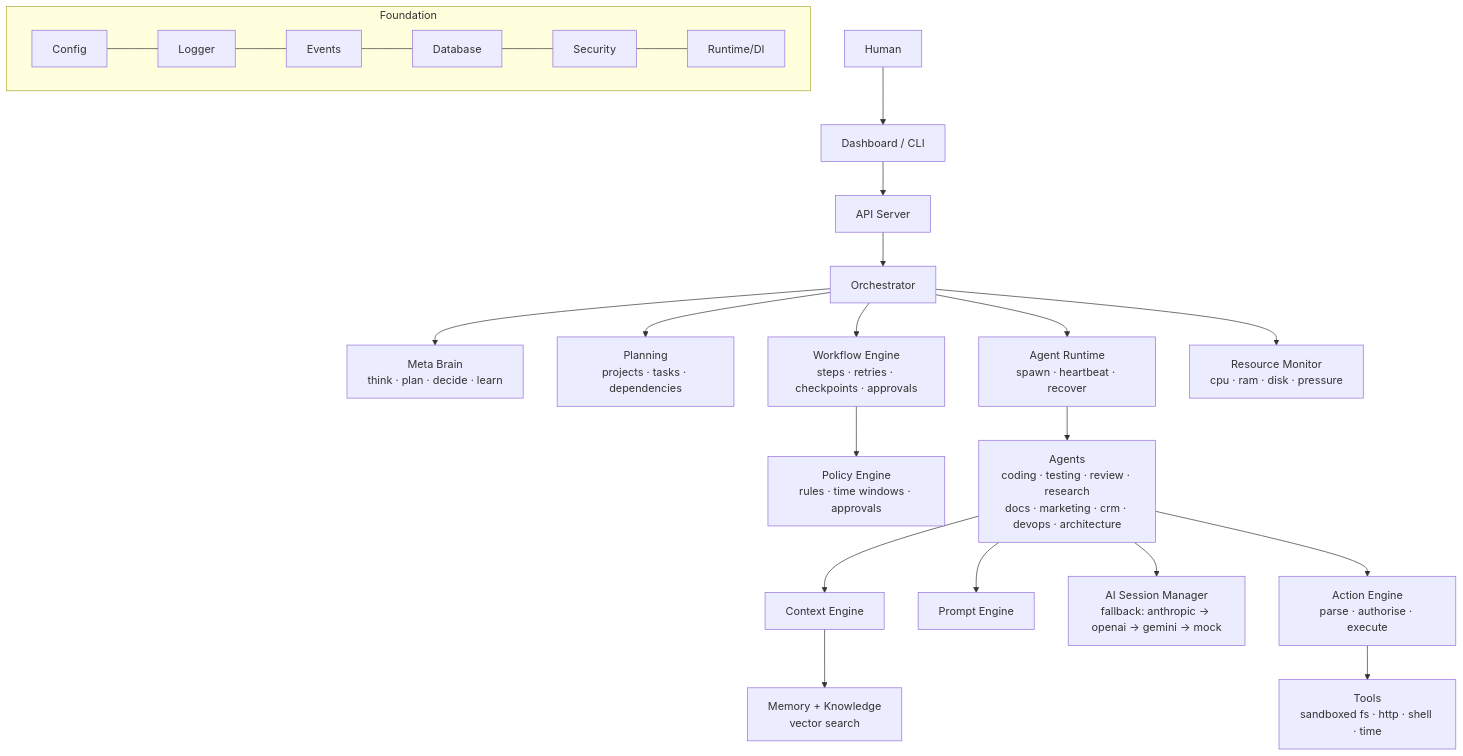
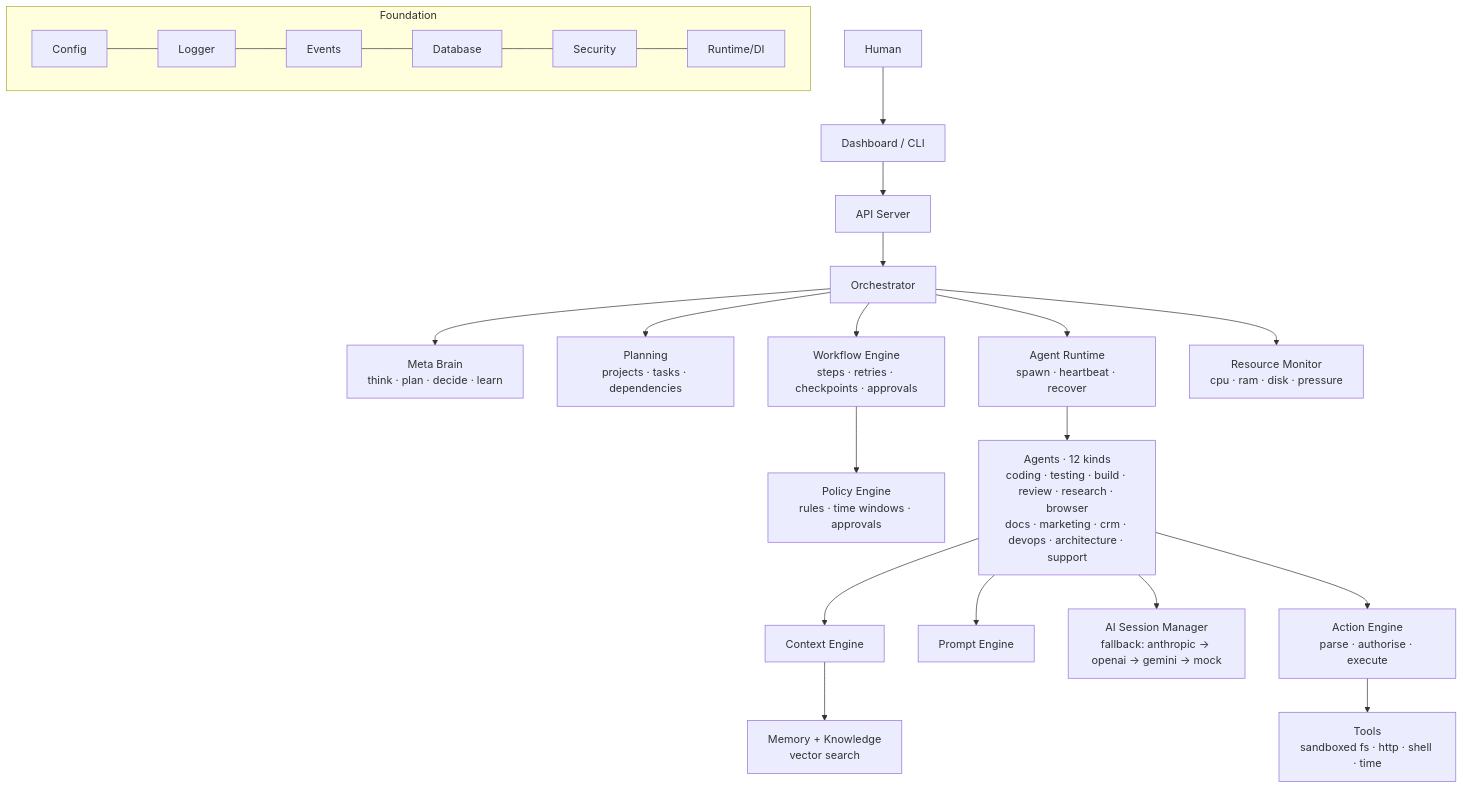
One commit to hussaintmg/MegaAI changed the diagram in README.md. Above: the diagram before and after it, drawn with Mermaid. The commit also changed other lines of this file and 2 other files, not shown here.

````diff
--- a/README.md
+++ b/README.md
@@ -45,22 +45,22 @@
 ```mermaid
 flowchart TB
     H[Human] --> D[Dashboard / CLI]
     D --> API[API Server]
     API --> ORC[Orchestrator]
     ORC --> MB[Meta Brain<br/>think · plan · decide · learn]
     ORC --> PLN[Planning<br/>projects · tasks · dependencies]
     ORC --> WF[Workflow Engine<br/>steps · retries · checkpoints · approvals]
     WF --> POL[Policy Engine<br/>rules · time windows · approvals]
     ORC --> AR[Agent Runtime<br/>spawn · heartbeat · recover]
-    AR --> AG[Agents<br/>coding · testing · review · research<br/>docs · marketing · crm · devops · architecture]
+    AR --> AG[Agents · 12 kinds<br/>coding · testing · build · review · research · browser<br/>docs · marketing · crm · devops · architecture · support]
     AG --> CTX[Context Engine] --> MEM[Memory + Knowledge<br/>vector search]
     AG --> PR[Prompt Engine]
     AG --> AI[AI Session Manager<br/>fallback: anthropic → openai → gemini → mock]
     AG --> ACT[Action Engine<br/>parse · authorise · execute]
     ACT --> TL[Tools<br/>sandboxed fs · http · shell · time]
     ORC --> RES[Resource Monitor<br/>cpu · ram · disk · pressure]
     subgraph Foundation
       direction LR
       CFG[Config] --- LOG[Logger] --- EVT[Events] --- DB[Database] --- SEC[Security] --- RT[Runtime/DI]
     end
 ```
````
